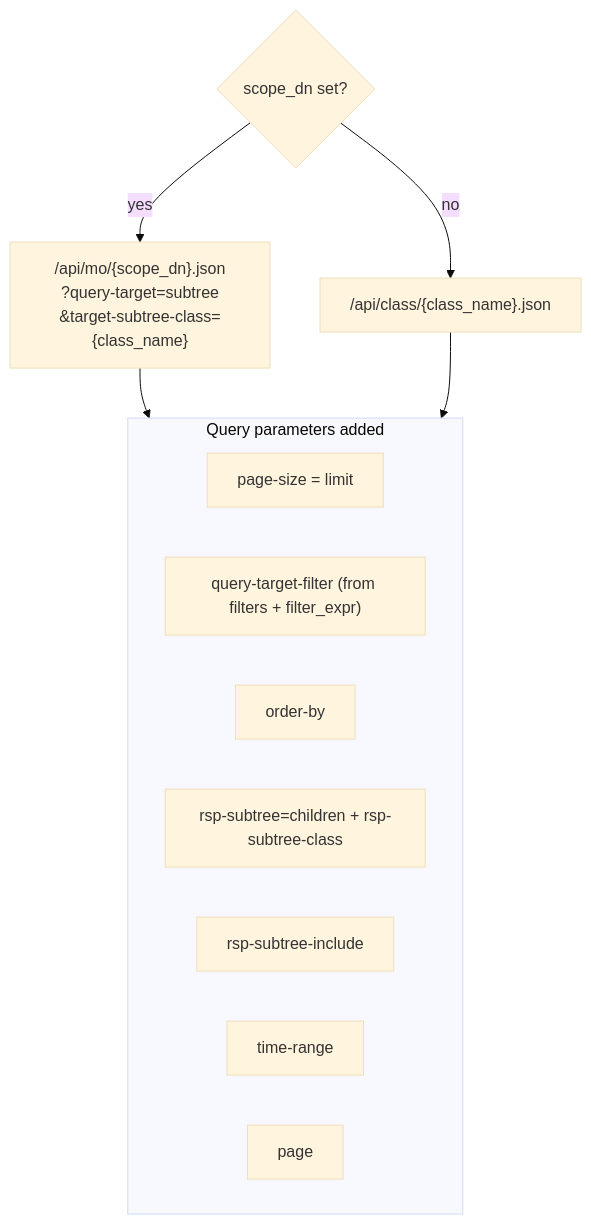
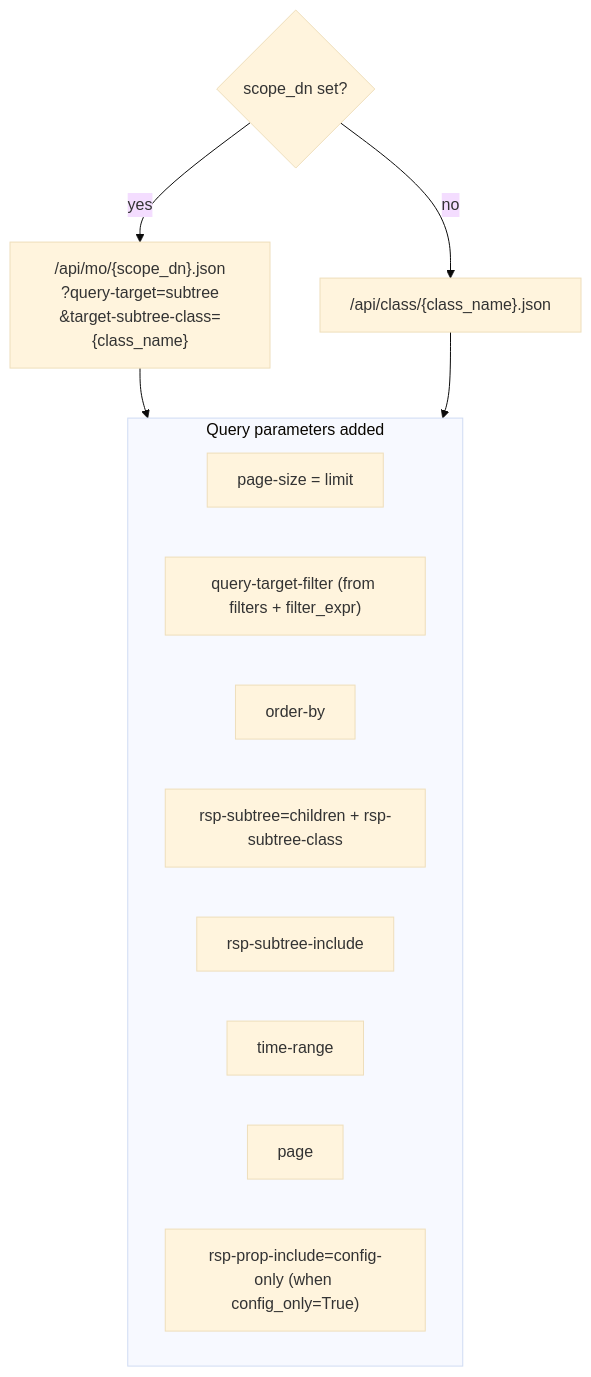
The diagram in docs/tools/query.md (k3l0-dev/aci-mcp), drawn with Mermaid (base theme) before and after one commit. The commit also changed other lines of this file and 9 other files, not shown here.

````diff
--- a/docs/tools/query.md
+++ b/docs/tools/query.md
@@ -138,20 +138,21 @@
 ```mermaid
 flowchart TD
     SD{scope_dn set?}
 
     SD -->|"yes"| URL_MO["/api/mo/{scope_dn}.json\n?query-target=subtree\n&target-subtree-class={class_name}"]
     SD -->|"no"| URL_CLASS["/api/class/{class_name}.json"]
 
     URL_MO --> PARAMS
     URL_CLASS --> PARAMS
 
     subgraph PARAMS["Query parameters added"]
         P1["page-size = limit"]
         P2["query-target-filter (from filters + filter_expr)"]
         P3["order-by"]
         P4["rsp-subtree=children + rsp-subtree-class"]
         P5["rsp-subtree-include"]
         P6["time-range"]
         P7["page"]
+        P8["rsp-prop-include=config-only (when config_only=True)"]
     end
 ```
````
